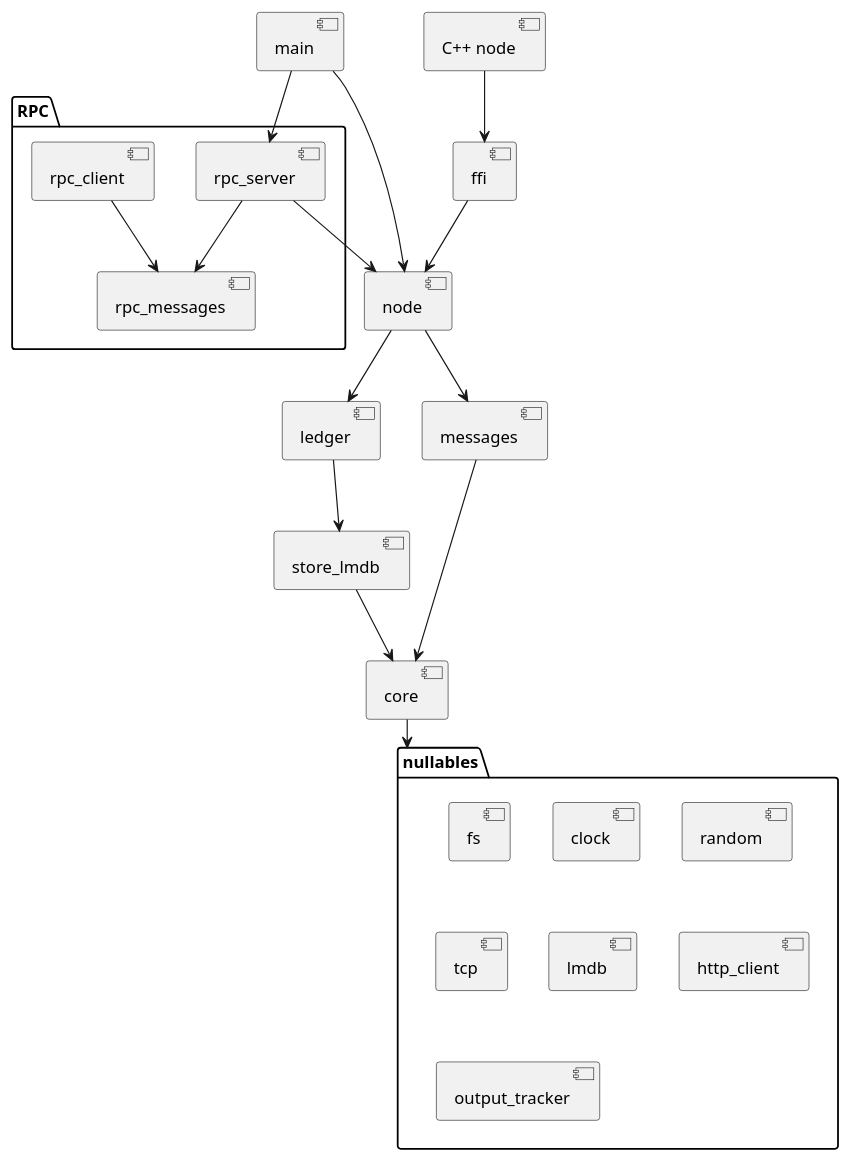
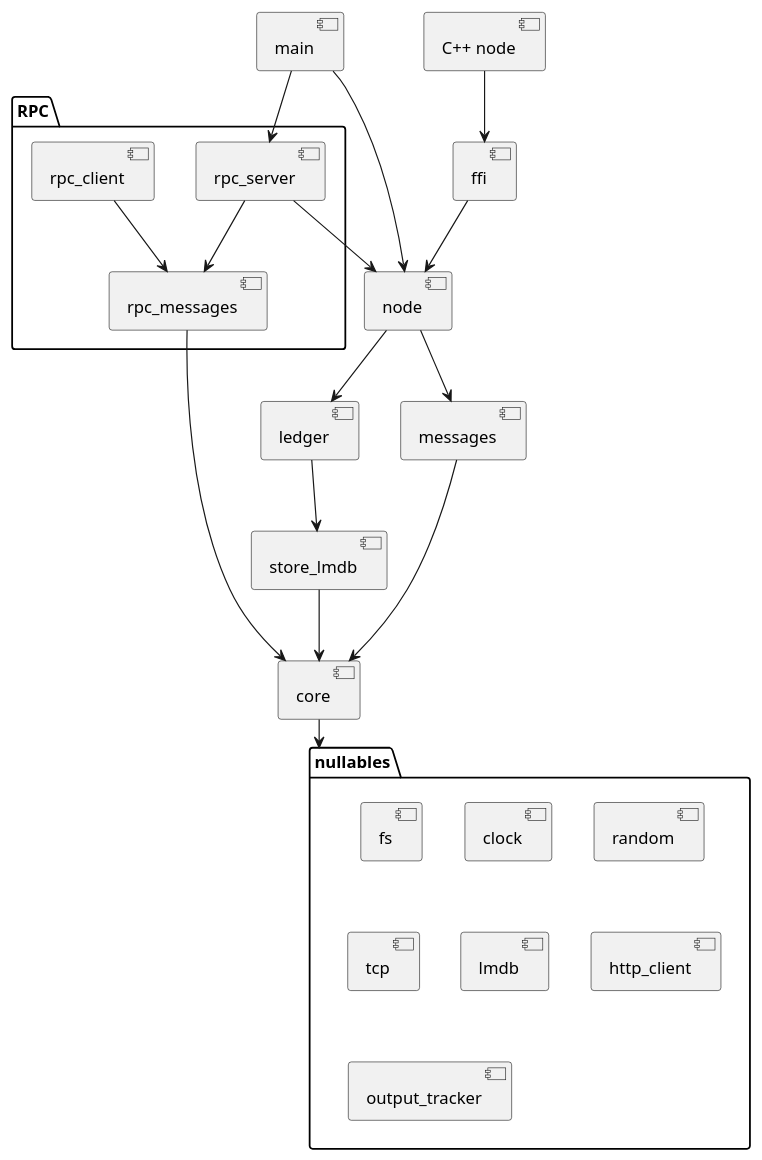
One commit to stjet/rsban-node changed the diagram in rust/doc/crates.puml. Above: the diagram before and after it, drawn with PlantUML. The commit also changed 11 other files, not shown here.

```diff
--- a/rust/doc/crates.puml
+++ b/rust/doc/crates.puml
@@ -1,42 +1,43 @@
 @startuml "Split crates"
 
 [core]
 [ledger]
 [store_lmdb]
 [messages]
 [node]
 [main]
 [ffi]
 [C++ node]
 
 folder "nullables"{
 [fs]
 [clock]
 [random]
 [tcp]
 [lmdb]
 [http_client]
 [output_tracker]
 }
 
 folder "RPC"{
     [rpc_messages]
     [rpc_server]
     [rpc_client]
 }
 
 [C++ node] --> [ffi]
 [main] --> [node]
 [main] --> [rpc_server]
 [rpc_server] --> [node]
 [rpc_server] --> [rpc_messages]
 [rpc_client] --> [rpc_messages]
+[rpc_messages] --> [core]
 [node] --> [ledger]
 [node] --> [messages]
 [messages] --> [core]
 [ledger] --> [store_lmdb]
 [store_lmdb] --> [core]
 [ffi] --> [node]
 [core] --> "nullables"
 
 @enduml
```
